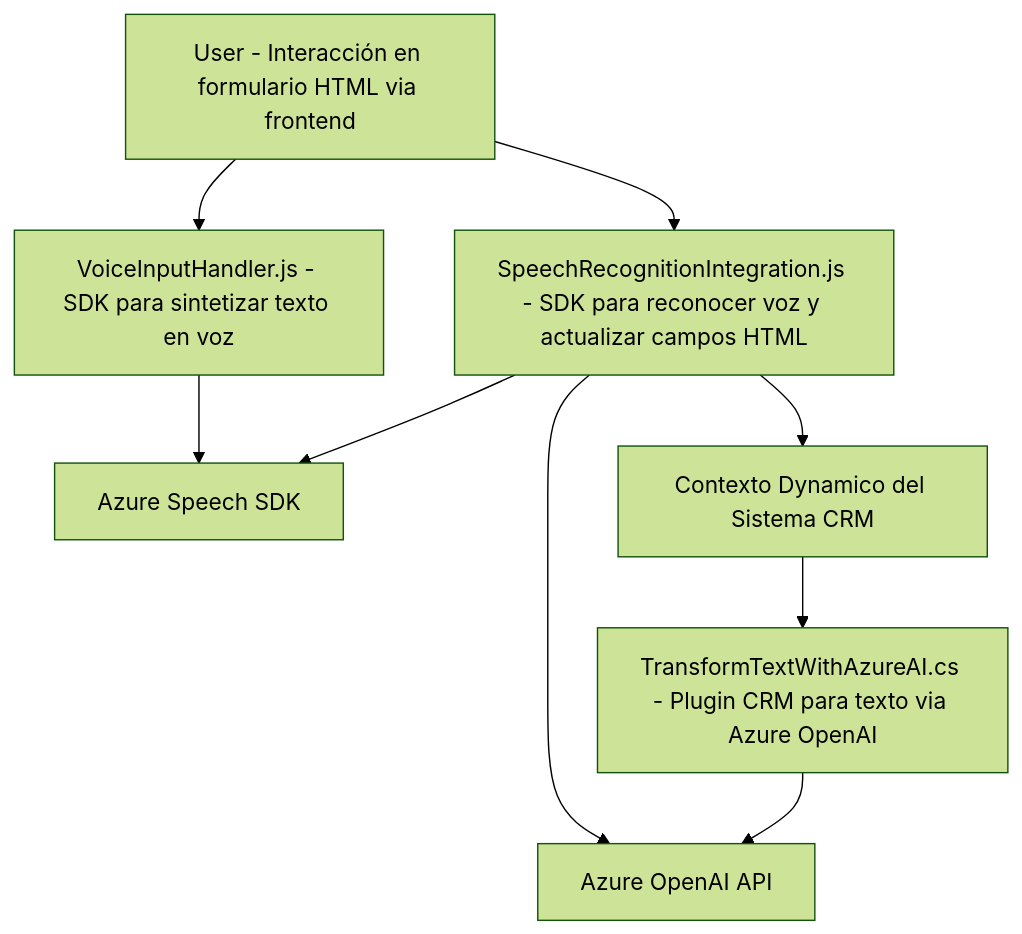
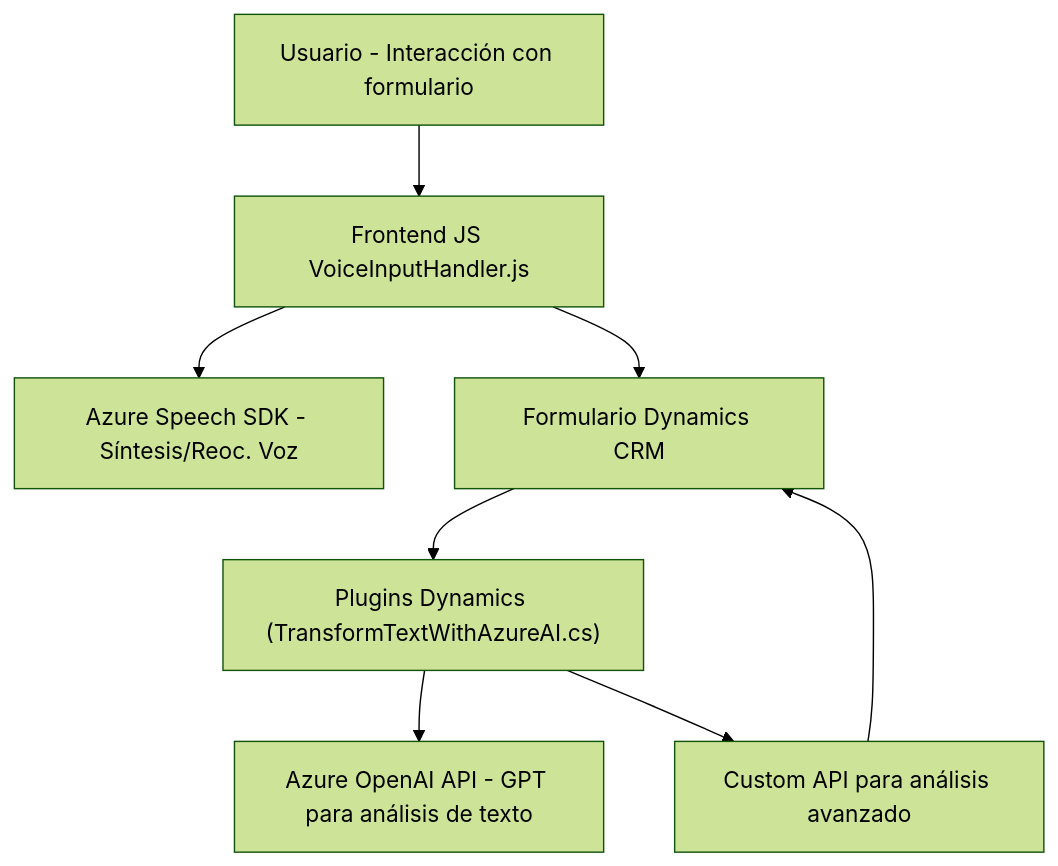
One commit to blopezdm/NETCORE_BILBAO2025 changed the diagram in README.md. Above: the diagram before and after it, drawn with Mermaid (forest theme). The commit also changed other lines of this file, not shown here.

Commit message:
Actualizar análisis global de la solución con IA

````diff
--- a/README.md
+++ b/README.md
@@ -39,19 +48,10 @@
 ```mermaid
 graph TD
-  A["User - Interacción en formulario HTML via frontend"]
-  B["VoiceInputHandler.js - SDK para sintetizar texto en voz"]
-  C["SpeechRecognitionIntegration.js - SDK para reconocer voz y actualizar campos HTML"]
-  D["TransformTextWithAzureAI.cs - Plugin CRM para texto via Azure OpenAI"]
-  E["Azure Speech SDK"]
-  F["Azure OpenAI API"]
-  G["Contexto Dynamico del Sistema CRM"]
-
-  A --> B
-  A --> C
-  B --> E
-  C --> E
-  C --> G
-  C --> F
-  G --> D
-  D --> F
+    A["Usuario - Interacción con formulario"] --> B["Frontend JS VoiceInputHandler.js"]
+    B --> C["Azure Speech SDK - Síntesis/Reoc. Voz"]
+    B --> D["Formulario Dynamics CRM"]
+    D --> E["Plugins Dynamics (TransformTextWithAzureAI.cs)"]
+    E --> F["Azure OpenAI API - GPT para análisis de texto"]
+    E --> G["Custom API para análisis avanzado"]
+    G --> D
 ```
````
